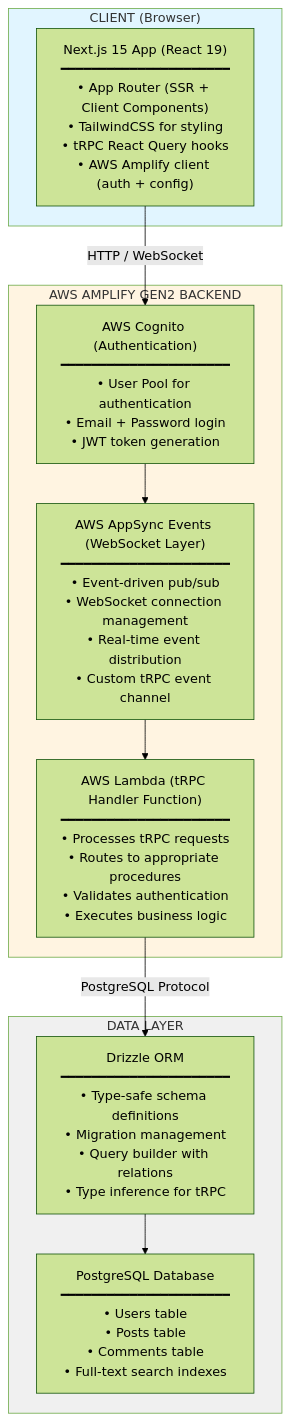
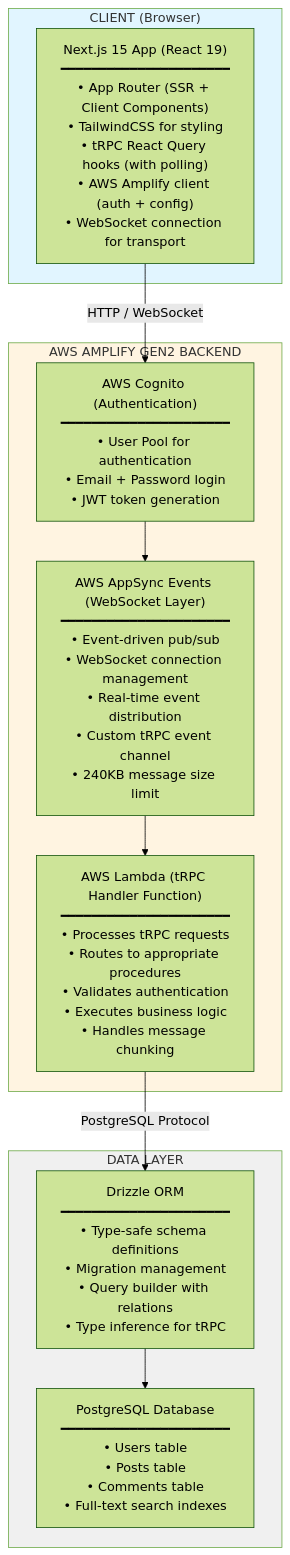
One commit to mattiarossi/playground-trpc-amplify changed the first of 8 diagrams in specs/architecture-detailed.md. Above: the diagram before and after it, drawn with Mermaid (forest theme). The commit also changed other lines of this file and 21 other files, not shown here.

Commit message:
Imroved version demo amplify trpc - Improved Docs - Support for transparent chunking thrpugh trpc calls

````diff
--- a/specs/architecture-detailed.md
+++ b/specs/architecture-detailed.md
@@ -5,32 +5,32 @@
 ```mermaid
 graph TB
     subgraph Client["CLIENT (Browser)"]
-        NextJS["Next.js 15 App (React 19)<br/>━━━━━━━━━━━━━━━━━━━━━━<br/>• App Router (SSR + Client Components)<br/>• TailwindCSS for styling<br/>• tRPC React Query hooks<br/>• AWS Amplify client (auth + config)"]
+        NextJS["Next.js 15 App (React 19)<br/>━━━━━━━━━━━━━━━━━━━━━━<br/>• App Router (SSR + Client Components)<br/>• TailwindCSS for styling<br/>• tRPC React Query hooks (with polling)<br/>• AWS Amplify client (auth + config)<br/>• WebSocket connection for transport"]
     end
     
     subgraph Backend["AWS AMPLIFY GEN2 BACKEND"]
         Cognito["AWS Cognito (Authentication)<br/>━━━━━━━━━━━━━━━━━━━━━━<br/>• User Pool for authentication<br/>• Email + Password login<br/>• JWT token generation"]
         
-        AppSync["AWS AppSync Events (WebSocket Layer)<br/>━━━━━━━━━━━━━━━━━━━━━━<br/>• Event-driven pub/sub<br/>• WebSocket connection management<br/>• Real-time event distribution<br/>• Custom tRPC event channel"]
+        AppSync["AWS AppSync Events (WebSocket Layer)<br/>━━━━━━━━━━━━━━━━━━━━━━<br/>• Event-driven pub/sub<br/>• WebSocket connection management<br/>• Real-time event distribution<br/>• Custom tRPC event channel<br/>• 240KB message size limit"]
         
-        Lambda["AWS Lambda (tRPC Handler Function)<br/>━━━━━━━━━━━━━━━━━━━━━━<br/>• Processes tRPC requests<br/>• Routes to appropriate procedures<br/>• Validates authentication<br/>• Executes business logic"]
+        Lambda["AWS Lambda (tRPC Handler Function)<br/>━━━━━━━━━━━━━━━━━━━━━━<br/>• Processes tRPC requests<br/>• Routes to appropriate procedures<br/>• Validates authentication<br/>• Executes business logic<br/>• Handles message chunking"]
         
         Cognito --> AppSync
         AppSync --> Lambda
     end
     
     subgraph DataLayer["DATA LAYER"]
         Drizzle["Drizzle ORM<br/>━━━━━━━━━━━━━━━━━━━━━━<br/>• Type-safe schema definitions<br/>• Migration management<br/>• Query builder with relations<br/>• Type inference for tRPC"]
         
         Postgres["PostgreSQL Database<br/>━━━━━━━━━━━━━━━━━━━━━━<br/>• Users table<br/>• Posts table<br/>• Comments table<br/>• Full-text search indexes"]
         
         Drizzle --> Postgres
     end
     
     NextJS -->|HTTP / WebSocket| Cognito
     Lambda -->|PostgreSQL Protocol| Drizzle
     
     style Client fill:#e1f5ff
     style Backend fill:#fff4e1
     style DataLayer fill:#f0f0f0
 ```
````
